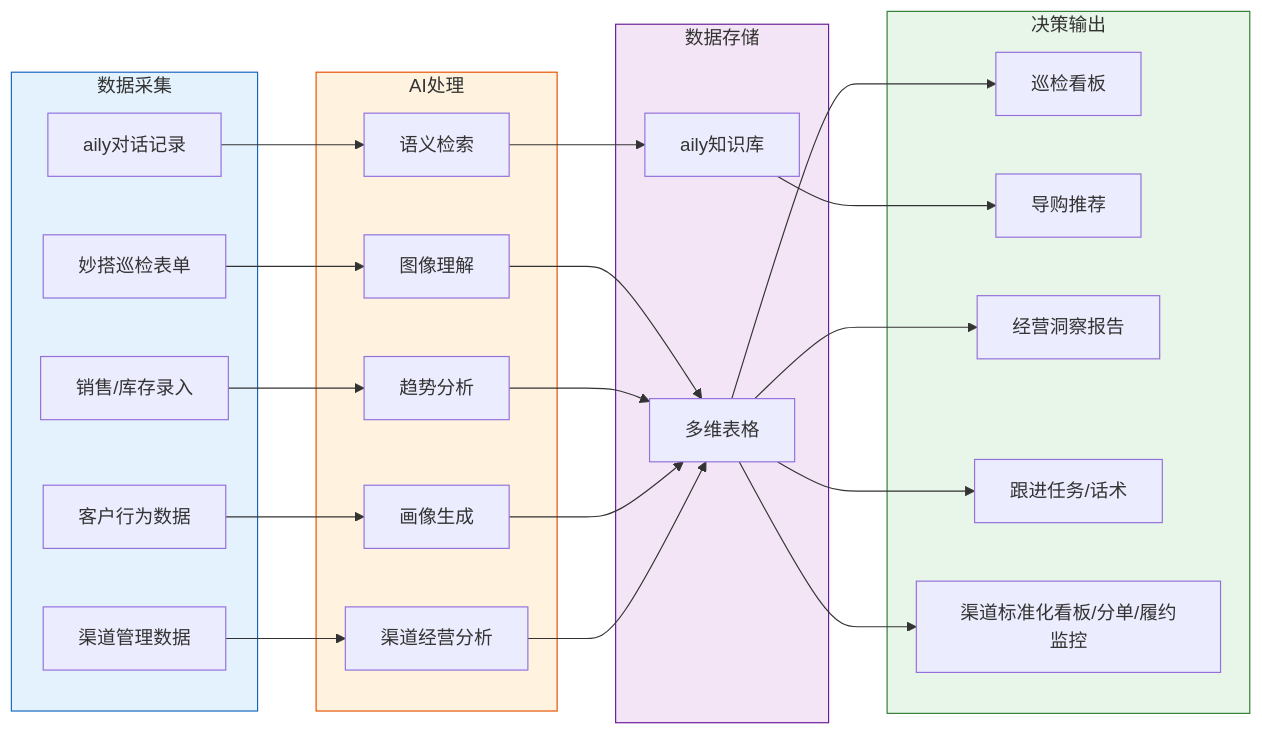
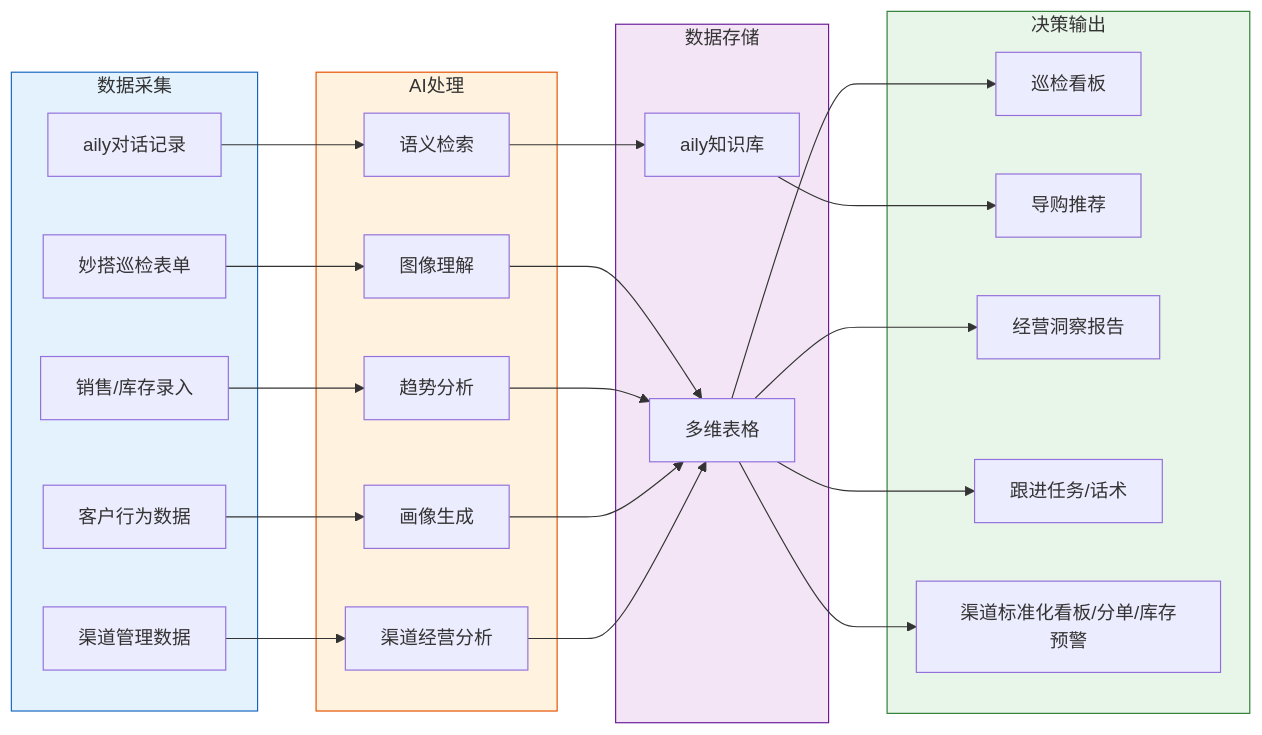
The second of 17 diagrams in docs/02_技术方案架构设计文档.md (yunmm123/yuhong-smart-store), drawn with Mermaid before and after one commit. The commit also changed other lines of this file and 28 other files, not shown here.

````diff
--- a/docs/02_技术方案架构设计文档.md
+++ b/docs/02_技术方案架构设计文档.md
@@ -102,42 +102,42 @@
 ```mermaid
 flowchart LR
     subgraph 采集["数据采集"]
         C1["妙搭巡检表单"]
         C2["aily对话记录"]
         C3["销售/库存录入"]
         C4["客户行为数据"]
         C5["渠道管理数据"]
     end
 
     subgraph 处理["AI处理"]
         P1["图像理解"]
         P2["语义检索"]
         P3["趋势分析"]
         P4["画像生成"]
         P5["渠道经营分析"]
     end
 
     subgraph 存储["数据存储"]
         S1["多维表格"]
         S2["aily知识库"]
     end
 
     subgraph 输出["决策输出"]
         O1["巡检看板"]
         O2["导购推荐"]
         O3["经营洞察报告"]
         O4["跟进任务/话术"]
-        O5["渠道标准化看板/分单/履约监控"]
+        O5["渠道标准化看板/分单/库存预警"]
     end
 
     C1 --> P1 --> S1 --> O1
     C2 --> P2 --> S2 --> O2
     C3 --> P3 --> S1 --> O3
     C4 --> P4 --> S1 --> O4
     C5 --> P5 --> S1 --> O5
 
     style 采集 fill:#E3F2FD,stroke:#1565C0
     style 处理 fill:#FFF3E0,stroke:#E65100
     style 存储 fill:#F3E5F5,stroke:#6A1B9A
     style 输出 fill:#E8F5E9,stroke:#2E7D32
 ```
````
